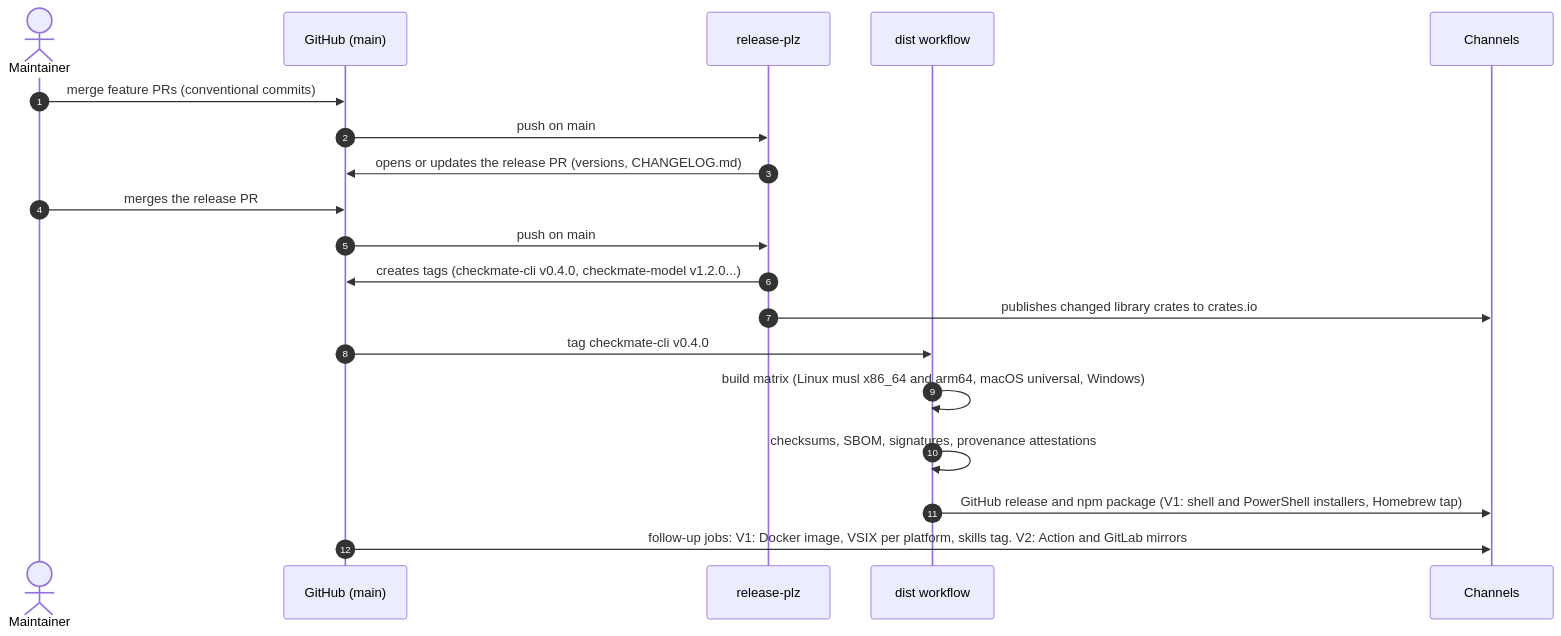
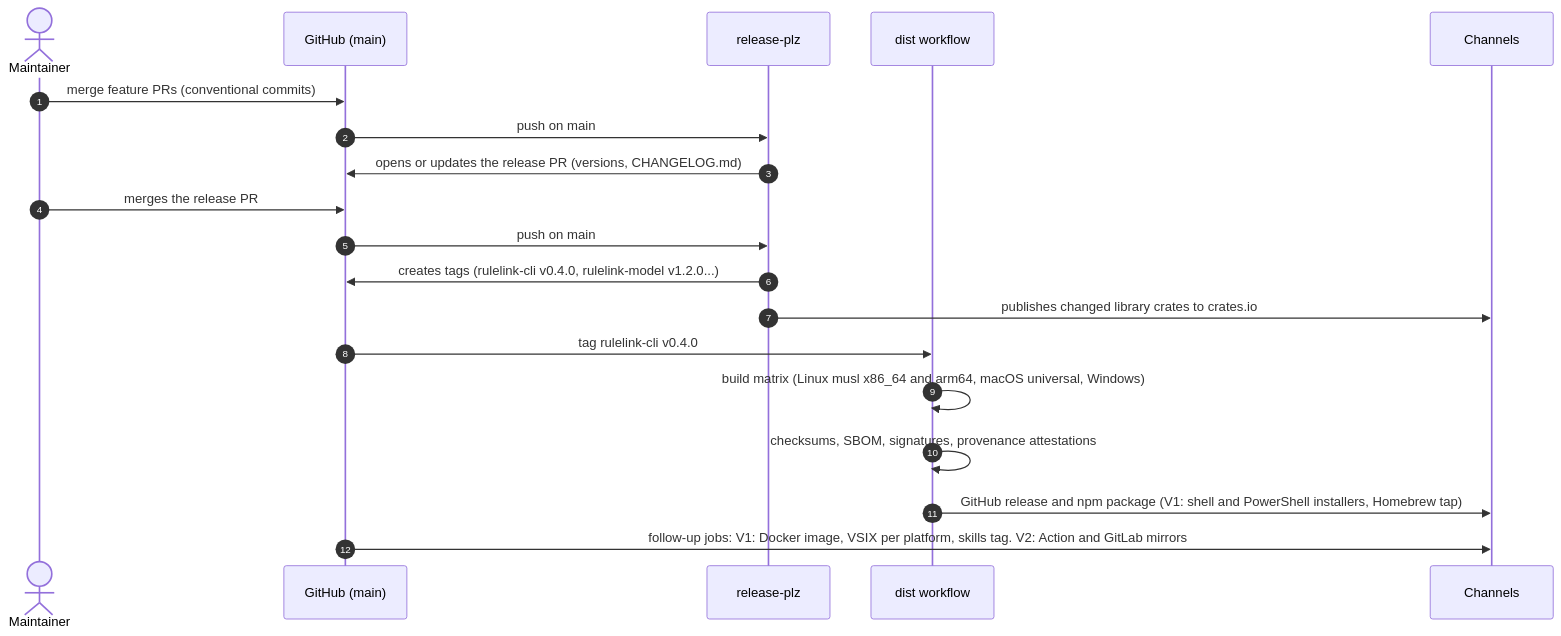
One commit to E-Jacques/Rulelink changed the first of 2 diagrams in docs/repository/02-release-lifecycle.md. Above: the diagram before and after it, drawn with Mermaid. The commit also changed other lines of this file and 126 other files, not shown here.

First line of the commit message:
chore: rename the project from Checkmate to Rulelink (#6)

````diff
--- a/docs/repository/02-release-lifecycle.md
+++ b/docs/repository/02-release-lifecycle.md
@@ -70,22 +70,22 @@
 ```mermaid
 sequenceDiagram
     autonumber
     actor Dev as Maintainer
     participant GH as GitHub (main)
     participant RP as release-plz
     participant DIST as dist workflow
     participant CH as Channels
 
     Dev->>GH: merge feature PRs (conventional commits)
     GH->>RP: push on main
     RP->>GH: opens or updates the release PR (versions, CHANGELOG.md)
     Dev->>GH: merges the release PR
     GH->>RP: push on main
-    RP->>GH: creates tags (checkmate-cli v0.4.0, checkmate-model v1.2.0...)
+    RP->>GH: creates tags (rulelink-cli v0.4.0, rulelink-model v1.2.0...)
     RP->>CH: publishes changed library crates to crates.io
-    GH->>DIST: tag checkmate-cli v0.4.0
+    GH->>DIST: tag rulelink-cli v0.4.0
     DIST->>DIST: build matrix (Linux musl x86_64 and arm64, macOS universal, Windows)
     DIST->>DIST: checksums, SBOM, signatures, provenance attestations
     DIST->>CH: GitHub release and npm package (V1: shell and PowerShell installers, Homebrew tap)
     GH->>CH: follow-up jobs: V1: Docker image, VSIX per platform, skills tag. V2: Action and GitLab mirrors
 ```
````
